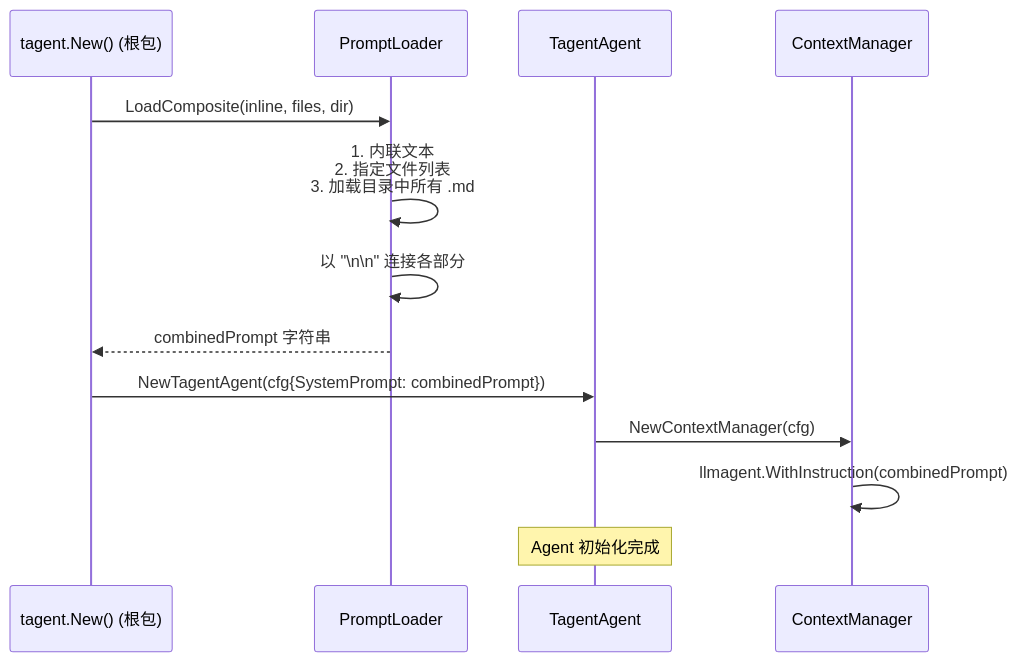
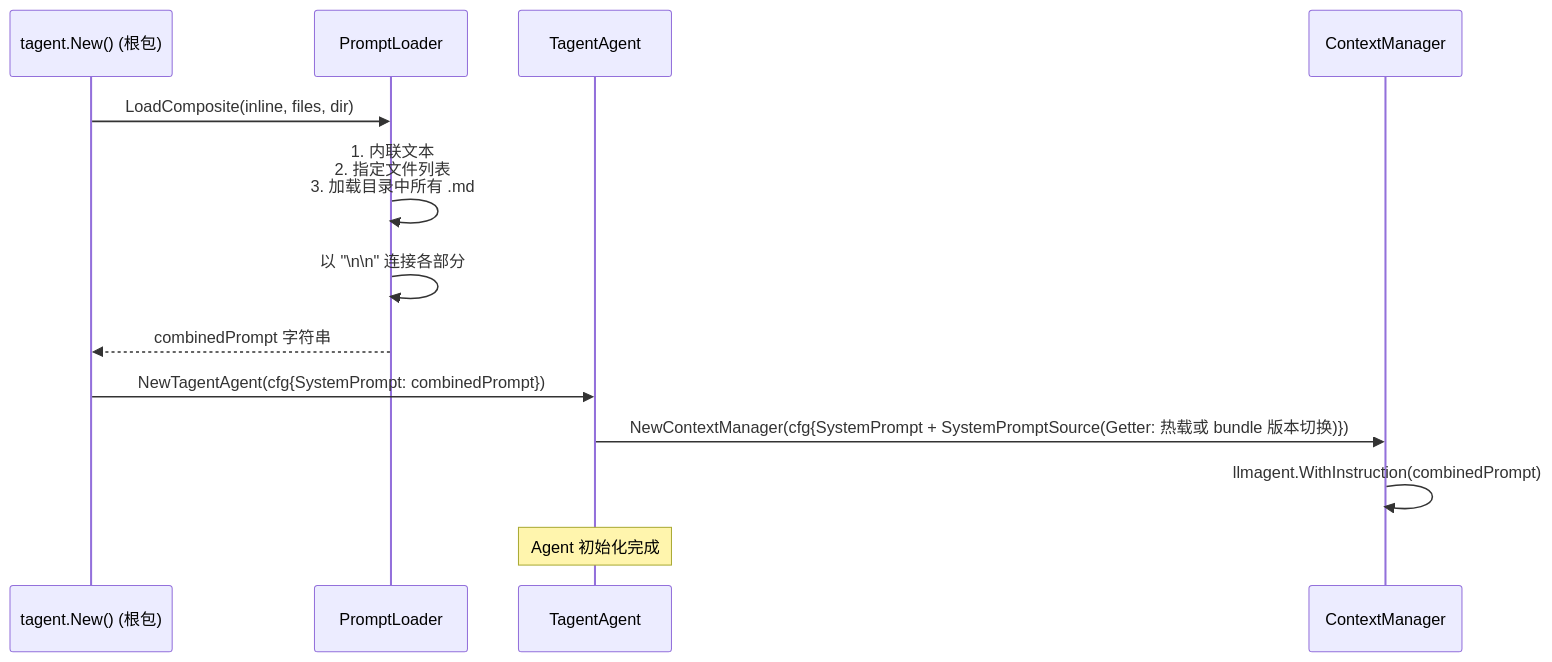
Before and after one commit to SpellingDragon/tagent: the second of 2 diagrams in docs/wiki/prompt/prompt-architecture.md, drawn with Mermaid. The commit also changed other lines of this file and 6 other files, not shown here.

````diff
--- a/docs/wiki/prompt/prompt-architecture.md
+++ b/docs/wiki/prompt/prompt-architecture.md
@@ -407,16 +408,16 @@
 ```mermaid
 sequenceDiagram
     participant Root as tagent.New() (根包)
     participant PL as PromptLoader
     participant TA as TagentAgent
     participant CM as ContextManager
 
     Root->>PL: LoadComposite(inline, files, dir)
     PL->>PL: 1. 内联文本<br/>2. 指定文件列表<br/>3. 加载目录中所有 .md
     PL->>PL: 以 "\n\n" 连接各部分
     PL-->>Root: combinedPrompt 字符串
     Root->>TA: NewTagentAgent(cfg{SystemPrompt: combinedPrompt})
-    TA->>CM: NewContextManager(cfg)
+    TA->>CM: NewContextManager(cfg{SystemPrompt + SystemPromptSource(Getter: 热载或 bundle 版本切换)})
     CM->>CM: llmagent.WithInstruction(combinedPrompt)
     Note over TA: Agent 初始化完成
 ```
````
